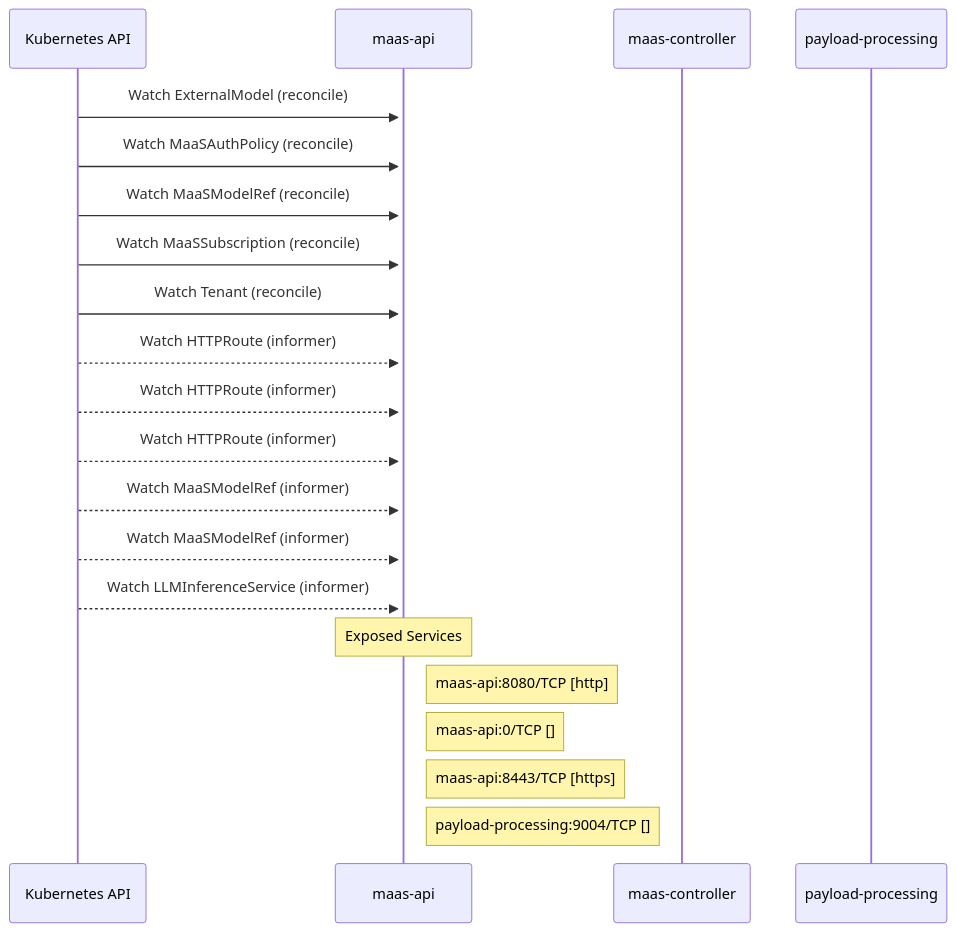
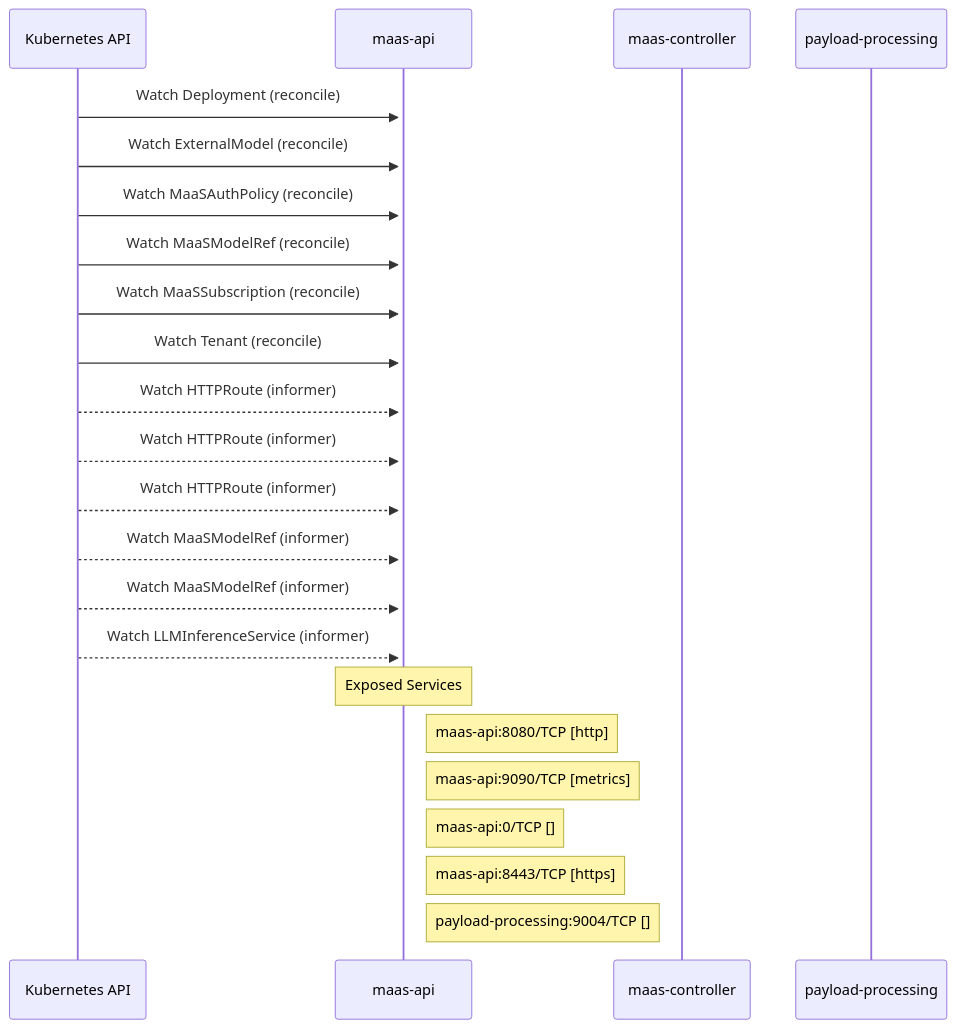
One commit to ugiordan/rhoai-architecture-analyzer changed the diagram in site/docs/rhoai-platform/components/models_as_a_service/dataflow.md. Above: the diagram before and after it, drawn with Mermaid. The commit also changed other lines of this file and 258 other files, not shown here.

````diff
--- a/site/docs/rhoai-platform/components/models_as_a_service/dataflow.md
+++ b/site/docs/rhoai-platform/components/models_as_a_service/dataflow.md
@@ -25,27 +26,29 @@
 ```mermaid
 sequenceDiagram
     %% Static dataflow for models-as-a-service
 
     participant KubernetesAPI as Kubernetes API
     participant maas_api as maas-api
     participant maas_controller as maas-controller
     participant payload_processing as payload-processing
 
+    KubernetesAPI->>+maas_api: Watch Deployment (reconcile)
     KubernetesAPI->>+maas_api: Watch ExternalModel (reconcile)
     KubernetesAPI->>+maas_api: Watch MaaSAuthPolicy (reconcile)
     KubernetesAPI->>+maas_api: Watch MaaSModelRef (reconcile)
     KubernetesAPI->>+maas_api: Watch MaaSSubscription (reconcile)
     KubernetesAPI->>+maas_api: Watch Tenant (reconcile)
     KubernetesAPI-->>+maas_api: Watch HTTPRoute (informer)
     KubernetesAPI-->>+maas_api: Watch HTTPRoute (informer)
     KubernetesAPI-->>+maas_api: Watch HTTPRoute (informer)
     KubernetesAPI-->>+maas_api: Watch MaaSModelRef (informer)
     KubernetesAPI-->>+maas_api: Watch MaaSModelRef (informer)
     KubernetesAPI-->>+maas_api: Watch LLMInferenceService (informer)
 
     Note over maas_api: Exposed Services
     Note right of maas_api: maas-api:8080/TCP [http]
+    Note right of maas_api: maas-api:9090/TCP [metrics]
     Note right of maas_api: maas-api:0/TCP []
     Note right of maas_api: maas-api:8443/TCP [https]
     Note right of maas_api: payload-processing:9004/TCP []
 ```
````
